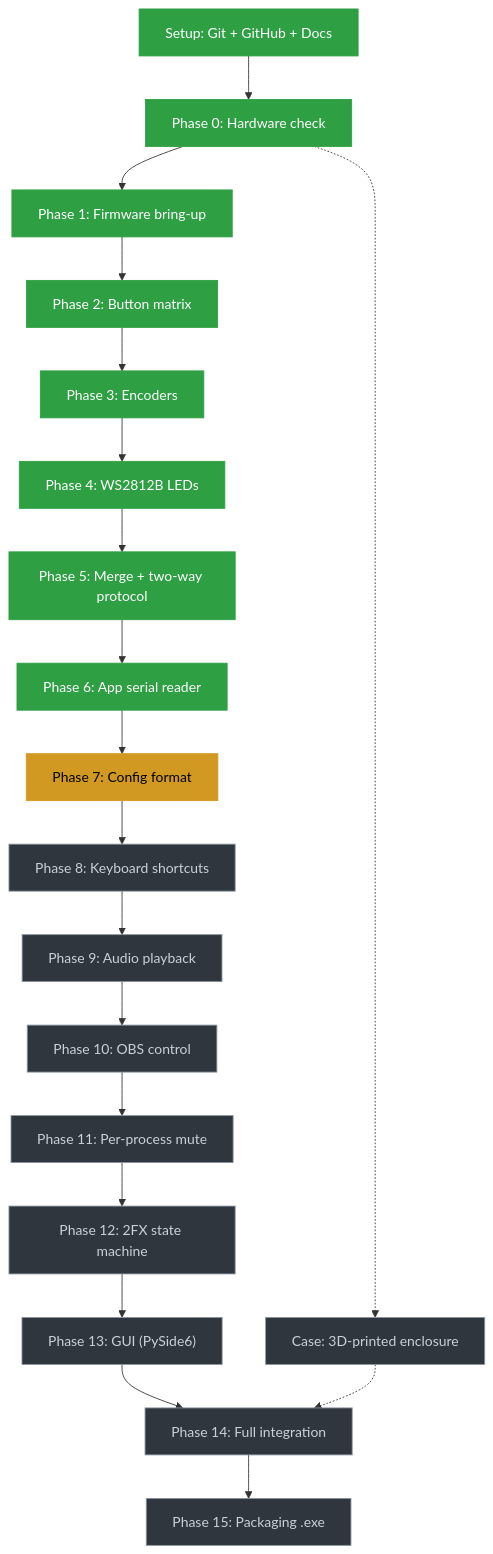
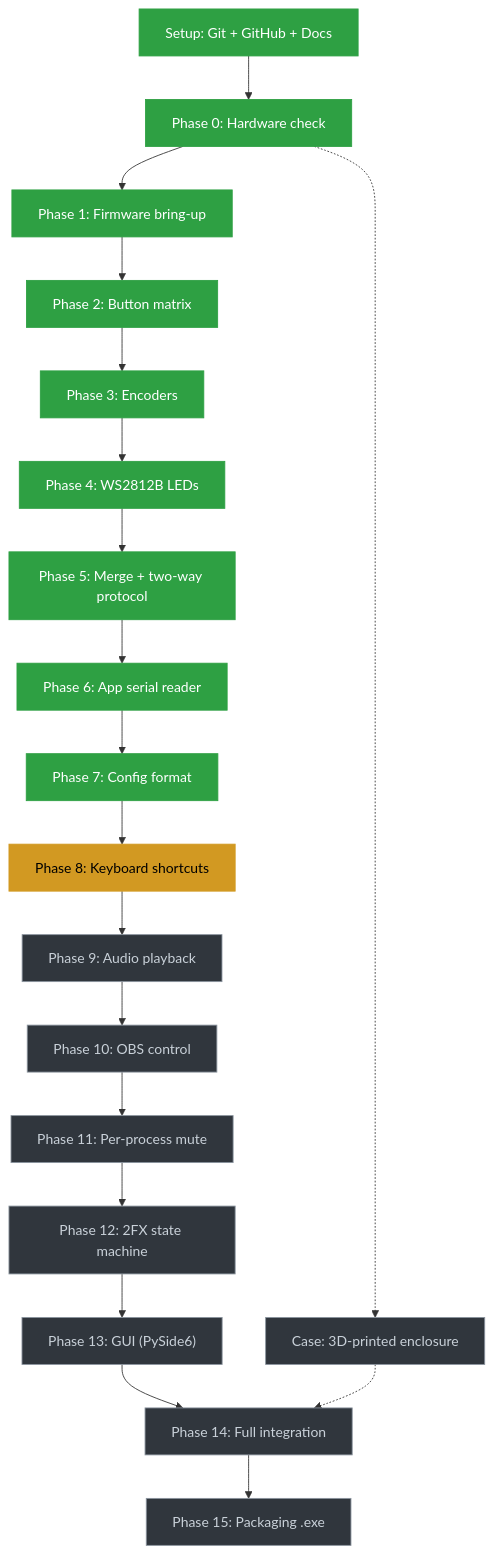
Before and after one commit to NeoCraftStudio/stream-deck-macro: the diagram in README.md, drawn with Mermaid. The commit also changed 4 other files, not shown here.

````diff
--- a/README.md
+++ b/README.md
@@ -19,25 +19,25 @@
 ```mermaid
 flowchart TD
     S["Setup: Git + GitHub + Docs"]:::done --> P0["Phase 0: Hardware check"]:::done
     P0 --> P1["Phase 1: Firmware bring-up"]:::done
     P1 --> P2["Phase 2: Button matrix"]:::done
     P2 --> P3["Phase 3: Encoders"]:::done
     P3 --> P4["Phase 4: WS2812B LEDs"]:::done
     P4 --> P5["Phase 5: Merge + two-way protocol"]:::done
     P5 --> P6["Phase 6: App serial reader"]:::done
-    P6 --> P7["Phase 7: Config format"]:::current
-    P7 --> P8["Phase 8: Keyboard shortcuts"]:::todo
+    P6 --> P7["Phase 7: Config format"]:::done
+    P7 --> P8["Phase 8: Keyboard shortcuts"]:::current
     P8 --> P9["Phase 9: Audio playback"]:::todo
     P9 --> P10["Phase 10: OBS control"]:::todo
     P10 --> P11["Phase 11: Per-process mute"]:::todo
     P11 --> P12["Phase 12: 2FX state machine"]:::todo
     P12 --> P13["Phase 13: GUI (PySide6)"]:::todo
     P13 --> P14["Phase 14: Full integration"]:::todo
     P14 --> P15["Phase 15: Packaging .exe"]:::todo
     P0 -.-> C["Case: 3D-printed enclosure"]:::todo
     C -.-> P14
 
     classDef done fill:#2ea043,stroke:#2ea043,color:#fff
     classDef current fill:#d29922,stroke:#d29922,color:#000
     classDef todo fill:#30363d,stroke:#8b949e,color:#c9d1d9
 ```
````
